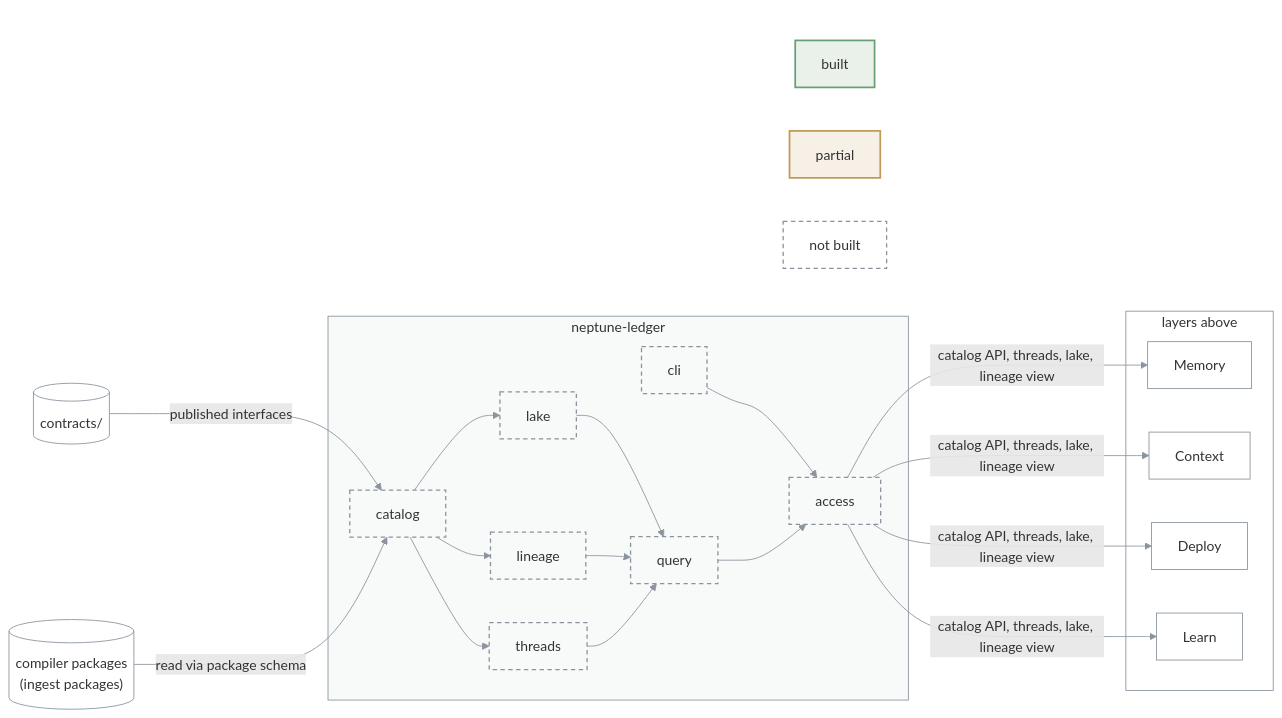
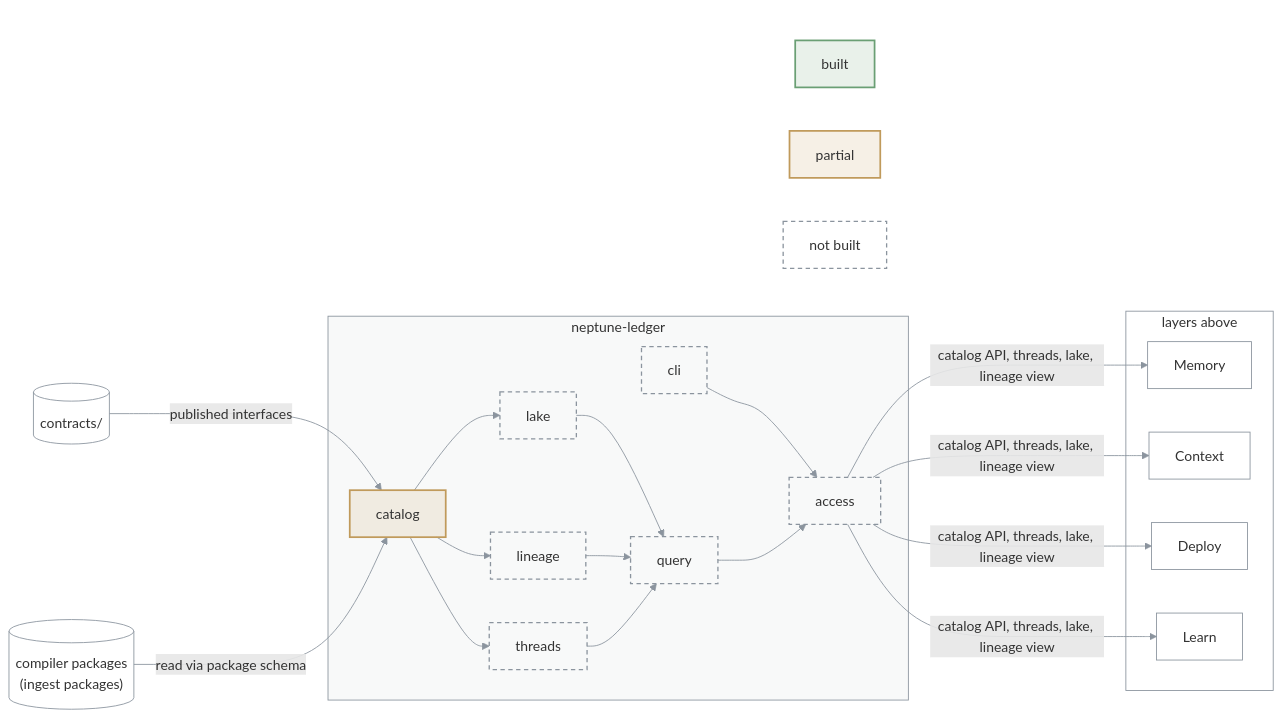
One commit to bennytay/neptune changed the diagram in packages/neptune-ledger/ARCHITECTURE.md. Above: the diagram before and after it, drawn with Mermaid. The commit also changed 5 other files, not shown here.

First line of the commit message:
docs(ledger): ADR 0002 catalog data model, schema rules and example walkthrough

````diff
--- a/packages/neptune-ledger/ARCHITECTURE.md
+++ b/packages/neptune-ledger/ARCHITECTURE.md
@@ -3,54 +3,54 @@
 ```mermaid
 flowchart LR
   PKG[("compiler packages<br/>(ingest packages)")]
   CON[("contracts/")]
 
   subgraph L["neptune-ledger"]
     CAT["catalog"]
     THR["threads"]
     LIN["lineage"]
     LAKE["lake"]
     QRY["query"]
     ACC["access"]
     CLI["cli"]
   end
 
   subgraph UP["layers above"]
     MEM["Memory"]
     CTX["Context"]
     DEP["Deploy"]
     LRN["Learn"]
   end
 
   PKG -->|read via package schema| CAT
   CON -->|published interfaces| CAT
   CAT --> THR
   CAT --> LIN
   CAT --> LAKE
   THR --> QRY
   LIN --> QRY
   LAKE --> QRY
   QRY --> ACC
   ACC -->|catalog API, threads, lake, lineage view| MEM & CTX & DEP & LRN
   CLI --> ACC
 
   subgraph KEY[" "]
     K1["built"]
     K2["partial"]
     K3["not built"]
   end
   CLI ~~~ K1 & K2 & K3
 
   classDef built fill:#6a9f7426,stroke:#6a9f74,stroke-width:2px
   classDef partial fill:#c09a5b26,stroke:#c09a5b,stroke-width:2px
   classDef todo fill:none,stroke:#8b949e,stroke-width:1.5px,stroke-dasharray:5 4
   classDef ext fill:none,stroke:#8b949e,stroke-width:1px
   class K1 built
-  class K2 partial
-  class CAT,THR,LIN,LAKE,QRY,ACC,CLI,K3 todo
+  class CAT,K2 partial
+  class THR,LIN,LAKE,QRY,ACC,CLI,K3 todo
   class PKG,CON,MEM,CTX,DEP,LRN ext
   style L fill:#8b949e0f,stroke:#8b949e
   style UP fill:none,stroke:#8b949e
   style KEY fill:none,stroke:none
   linkStyle default stroke:#8b949e
 ```
````
